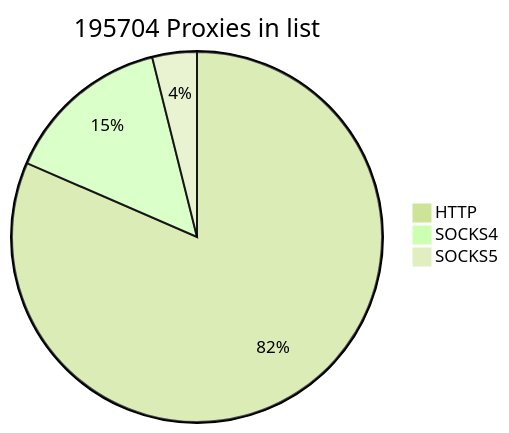
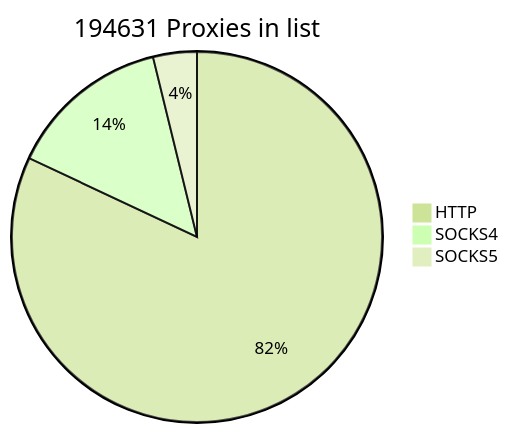
One commit to cutipu/proxylist changed the first of 2 diagrams in README.md. Above: the diagram before and after it, drawn with Mermaid (forest theme). The commit also changed other lines of this file, not shown here.

````diff
--- a/README.md
+++ b/README.md
@@ -2,7 +2,7 @@
 ```mermaid
-pie title 195704 Proxies in list
-    "HTTP" : 159536
-    "SOCKS4" : 28551
-    "SOCKS5" : 7617
+pie title 194631 Proxies in list
+    "HTTP" : 159581
+    "SOCKS4" : 27619
+    "SOCKS5" : 7431
             
 ```
````
